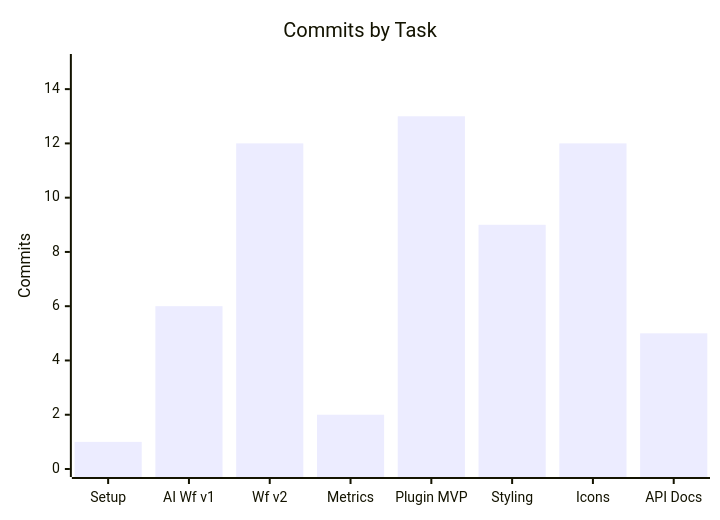
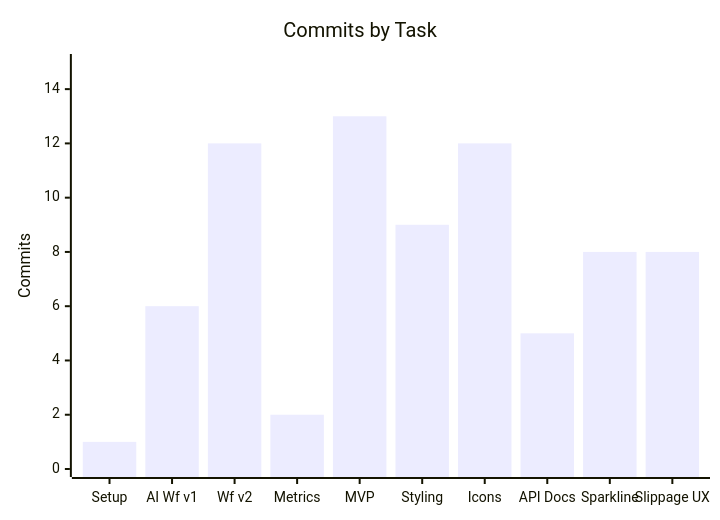
The second of 7 diagrams in README.md (atlantdak/claude-code-hackathon-xbo-market-kit), drawn with Mermaid before and after one commit. The commit also changed other lines of this file and 3 other files, not shown here.

````diff
--- a/README.md
+++ b/README.md
@@ -72,7 +74,7 @@
 ```mermaid
 xychart-beta
     title "Commits by Task"
-    x-axis ["Setup", "AI Wf v1", "Wf v2", "Metrics", "Plugin MVP", "Styling", "Icons", "API Docs"]
+    x-axis ["Setup", "AI Wf v1", "Wf v2", "Metrics", "MVP", "Styling", "Icons", "API Docs", "Sparkline", "Slippage UX"]
     y-axis "Commits" 0 --> 15
-    bar [1, 6, 12, 2, 13, 9, 12, 5]
+    bar [1, 6, 12, 2, 13, 9, 12, 5, 8, 8]
 ```
````
